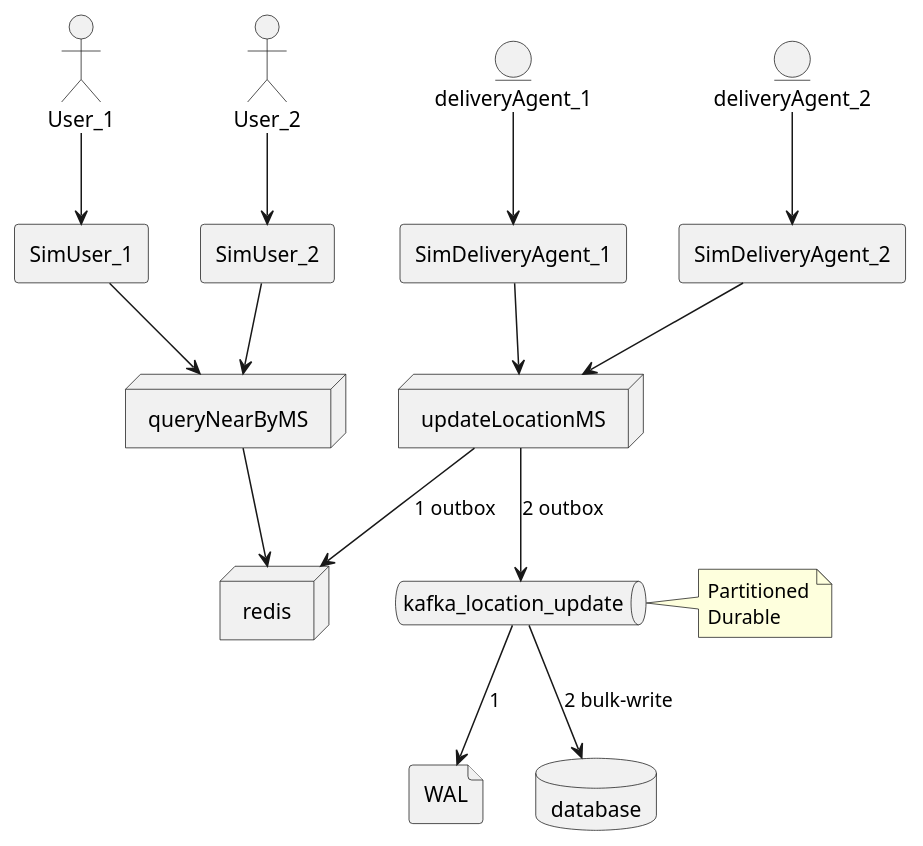
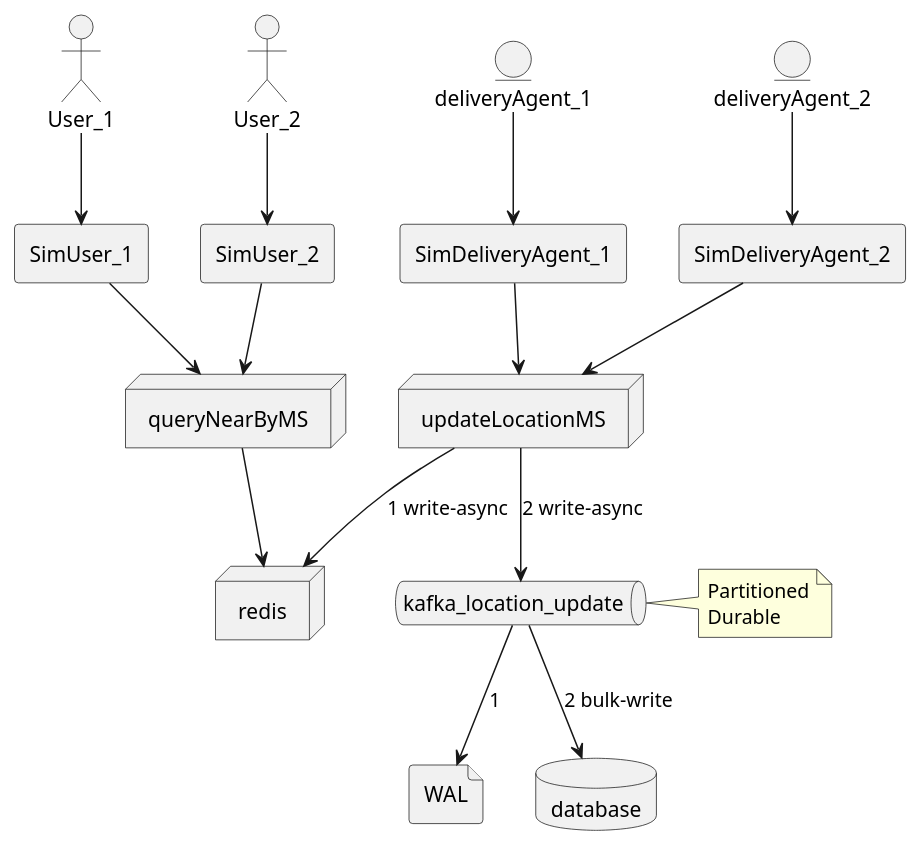
One commit to ozdemirht/py_redis_1 changed the diagram in docs/HLD-1.puml. Above: the diagram before and after it, drawn with PlantUML. The commit also changed 2 other files, not shown here.

```diff
--- a/docs/HLD-1.puml
+++ b/docs/HLD-1.puml
@@ -1,49 +1,49 @@
 @startuml
 'https://plantuml.com/deployment-diagram
 
 entity deliveryAgent_1
 entity deliveryAgent_2
 agent SimDeliveryAgent_1
 agent SimDeliveryAgent_2
 actor User_1
 actor User_2
 agent SimUser_1
 agent SimUser_2
 file WAL
 
 node updateLocationMS
 
 node queryNearByMS
 
 node redis
 
 database database
 
 queue kafka_location_update
 
 deliveryAgent_1 --> SimDeliveryAgent_1
 SimDeliveryAgent_1 --> updateLocationMS
 
 deliveryAgent_2 --> SimDeliveryAgent_2
 SimDeliveryAgent_2 --> updateLocationMS
 
 
 User_1 --> SimUser_1
 SimUser_1 --> queryNearByMS
 User_2 --> SimUser_2
 SimUser_2 --> queryNearByMS
 
 queryNearByMS --> redis
 
-updateLocationMS --> redis: 1 outbox
+updateLocationMS --> redis: 1 write-async
 
-updateLocationMS --> kafka_location_update: 2 outbox
+updateLocationMS --> kafka_location_update: 2 write-async
 note right of kafka_location_update
 Partitioned
 Durable
 end note
 
 kafka_location_update --> WAL: 1
 kafka_location_update --> database: 2 bulk-write
 
 @enduml
```
